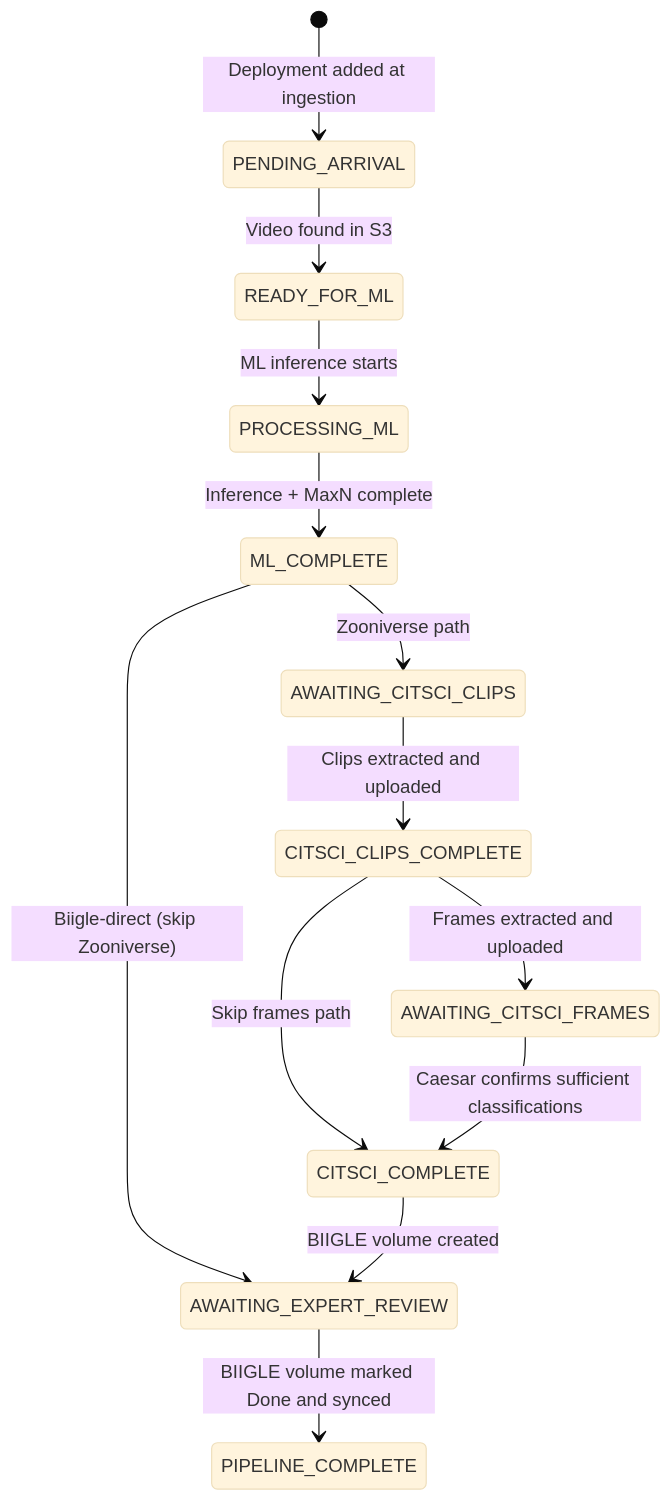
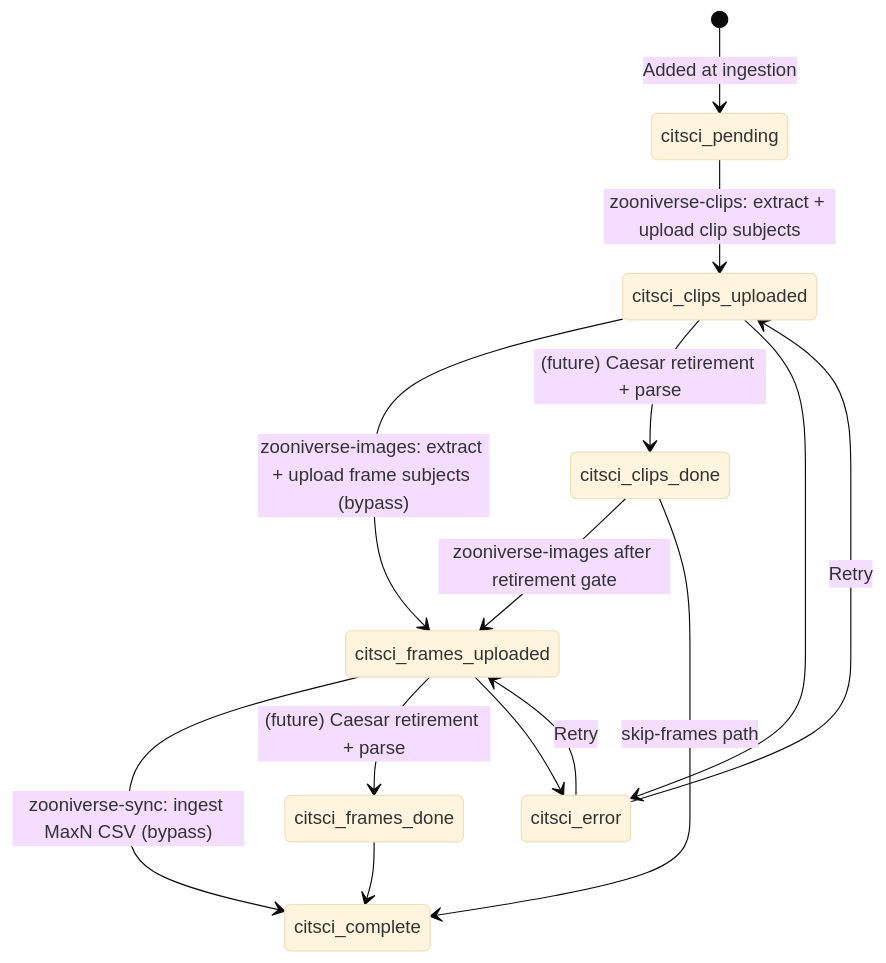
One commit to wildlifeai/spyfish-aotearoa-toolkit changed diagram 11 of 14 in design_doc.md. Above: the diagram before and after it, drawn with Mermaid (base theme). The commit also changed other lines of this file and 51 other files, not shown here.

````diff
--- a/design_doc.md
+++ b/design_doc.md
@@ -637,24 +704,19 @@
 ```mermaid
 stateDiagram-v2
-    [*] --> PENDING_ARRIVAL : Deployment added at ingestion
+    [*] --> citsci_pending : Added at ingestion
+    citsci_pending --> citsci_clips_uploaded : zooniverse-clips: extract + upload clip subjects
 
-    PENDING_ARRIVAL --> READY_FOR_ML : Video found in S3
+    citsci_clips_uploaded --> citsci_frames_uploaded : zooniverse-images: extract + upload frame subjects (bypass)
+    citsci_clips_uploaded --> citsci_clips_done : (future) Caesar retirement + parse
+    citsci_clips_done --> citsci_frames_uploaded : zooniverse-images after retirement gate
+    citsci_clips_done --> citsci_complete : skip-frames path
 
-    READY_FOR_ML --> PROCESSING_ML : ML inference starts
+    citsci_frames_uploaded --> citsci_complete : zooniverse-sync: ingest MaxN CSV (bypass)
+    citsci_frames_uploaded --> citsci_frames_done : (future) Caesar retirement + parse
+    citsci_frames_done --> citsci_complete
 
-    PROCESSING_ML --> ML_COMPLETE : Inference + MaxN complete
-
-    ML_COMPLETE --> AWAITING_CITSCI_CLIPS : Zooniverse path
-    ML_COMPLETE --> AWAITING_EXPERT_REVIEW : Biigle-direct (skip Zooniverse)
-
-    AWAITING_CITSCI_CLIPS --> CITSCI_CLIPS_COMPLETE : Clips extracted and uploaded
-
-    CITSCI_CLIPS_COMPLETE --> AWAITING_CITSCI_FRAMES : Frames extracted and uploaded
-    CITSCI_CLIPS_COMPLETE --> CITSCI_COMPLETE : Skip frames path
-
-    AWAITING_CITSCI_FRAMES --> CITSCI_COMPLETE : Caesar confirms sufficient classifications
-
-    CITSCI_COMPLETE --> AWAITING_EXPERT_REVIEW : BIIGLE volume created
-
-    AWAITING_EXPERT_REVIEW --> PIPELINE_COMPLETE : BIIGLE volume marked Done and synced
+    citsci_clips_uploaded --> citsci_error
+    citsci_frames_uploaded --> citsci_error
+    citsci_error --> citsci_clips_uploaded : Retry
+    citsci_error --> citsci_frames_uploaded : Retry
 ```
````
